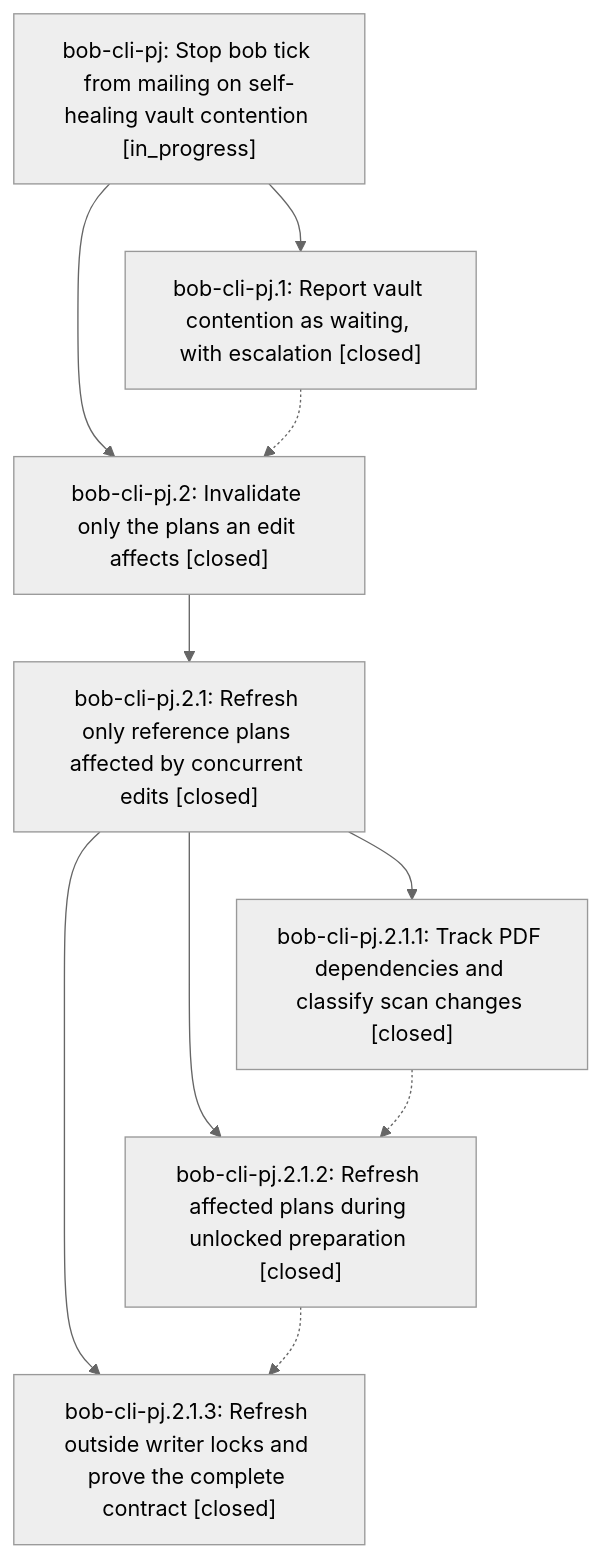
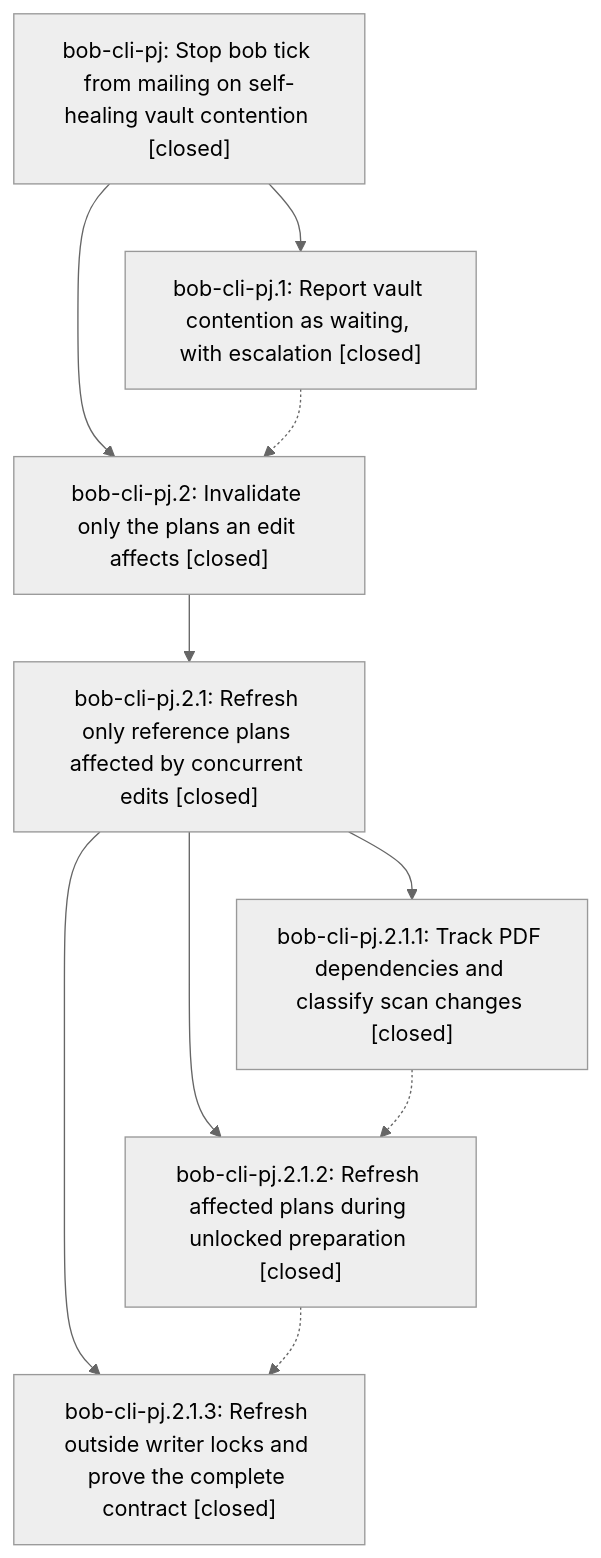
One commit to bobs-org/bob-cli--beads changed the diagram in pages/bob-cli-pj/README.md. Above: the diagram before and after it, drawn with Mermaid (neutral theme). The commit also changed other lines of this file and 1 other file, not shown here.

First line of the commit message:
chore(beads): sync bead state and pages for bob-cli-pj

````diff
--- a/pages/bob-cli-pj/README.md
+++ b/pages/bob-cli-pj/README.md
@@ -37,19 +51,19 @@
 ```mermaid
 flowchart TD
-    n0["bob-cli-pj: Stop bob tick from mailing on self-healing vault contention [in_progress]"]
+    n0["bob-cli-pj: Stop bob tick from mailing on self-healing vault contention [closed]"]
     n1["bob-cli-pj.1: Report vault contention as waiting, with escalation [closed]"]
     n2["bob-cli-pj.2: Invalidate only the plans an edit affects [closed]"]
     n3["bob-cli-pj.2.1: Refresh only reference plans affected by concurrent edits [closed]"]
     n4["bob-cli-pj.2.1.1: Track PDF dependencies and classify scan changes [closed]"]
     n5["bob-cli-pj.2.1.2: Refresh affected plans during unlocked preparation [closed]"]
     n6["bob-cli-pj.2.1.3: Refresh outside writer locks and prove the complete contract [closed]"]
     n0 --> n1
     n0 --> n2
     n2 --> n3
     n3 --> n4
     n3 --> n5
     n3 --> n6
     n1 -.-> n2
     n4 -.-> n5
     n5 -.-> n6
 ```
````
